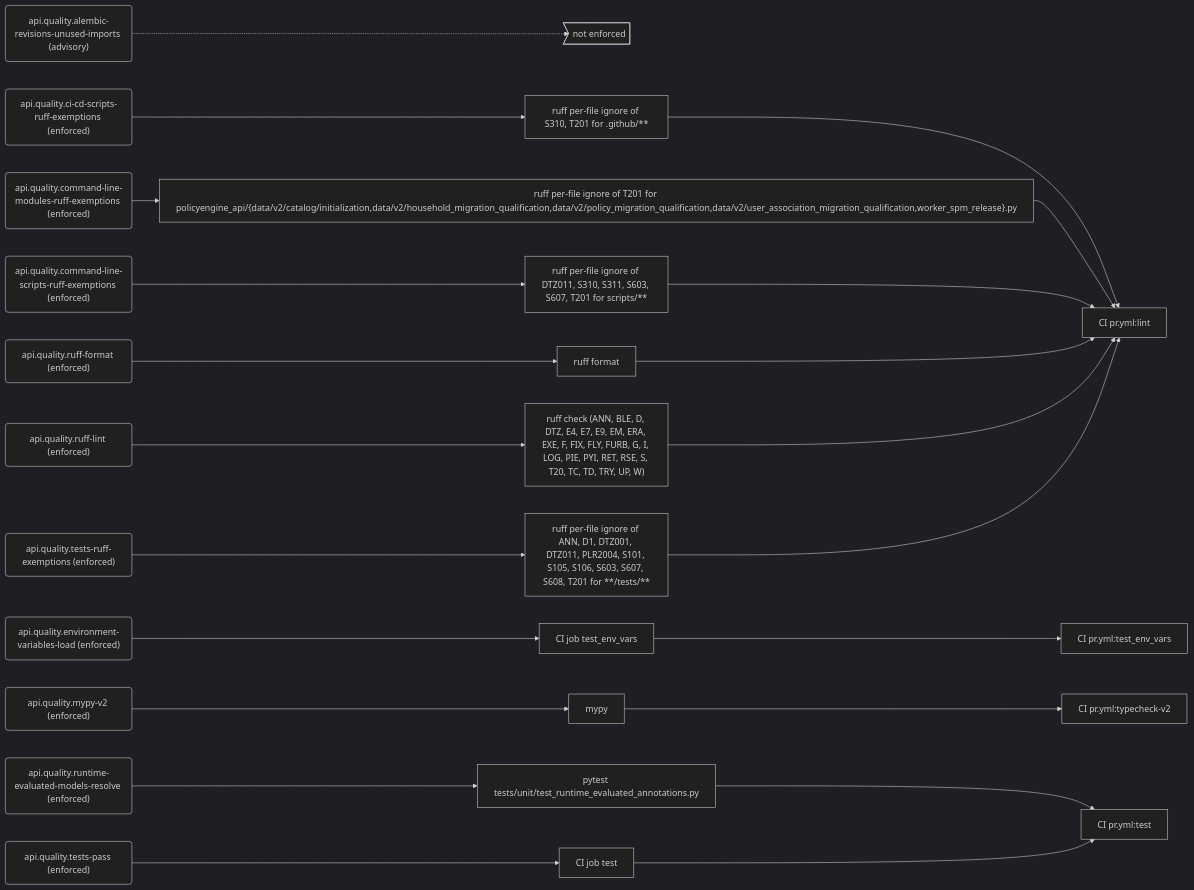
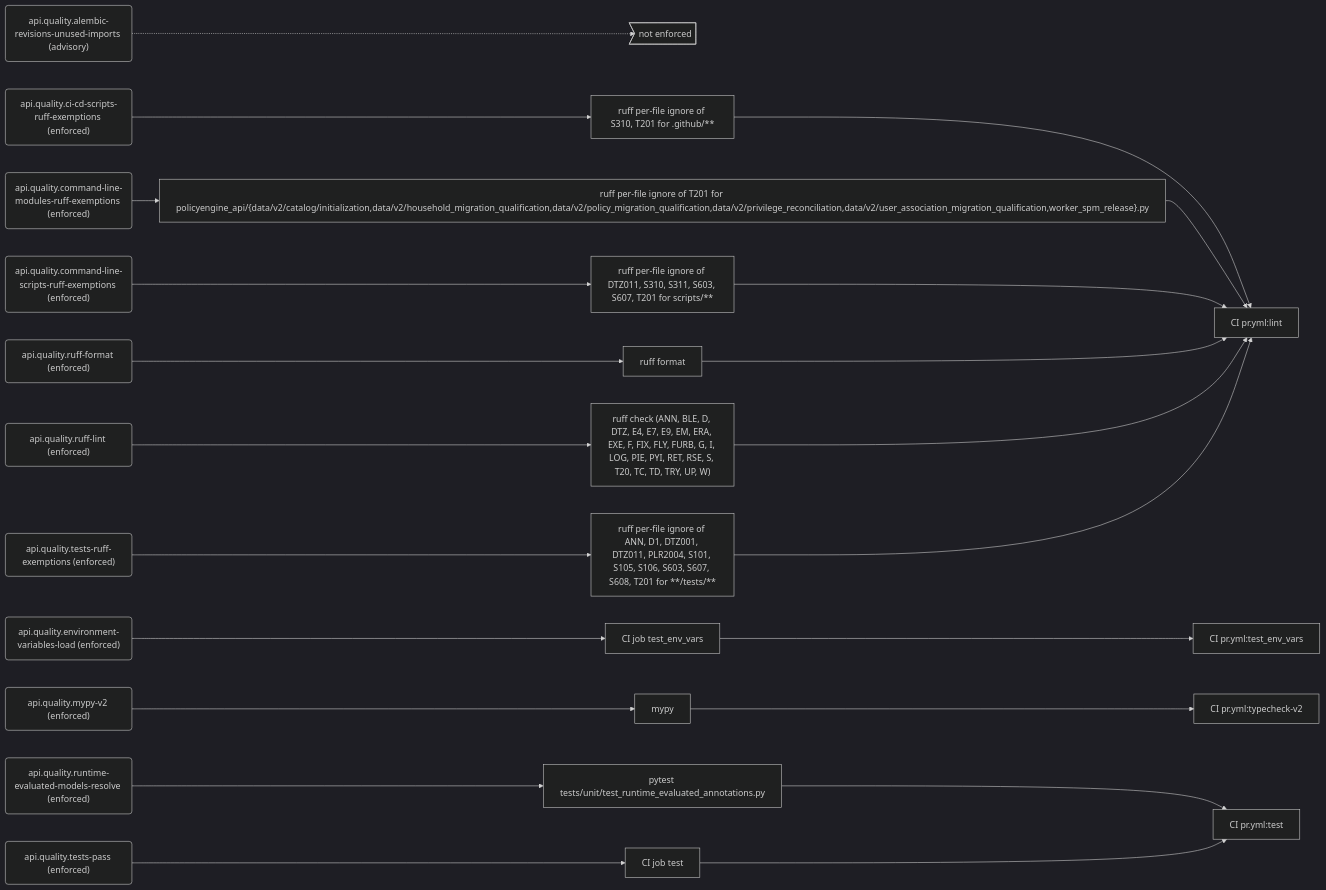
One commit to PolicyEngine/policyengine-api changed the sixth of 9 diagrams in docs/generated/rules.md. Above: the diagram before and after it, drawn with Mermaid (dark theme). The commit also changed other lines of this file and 7 other files, not shown here.

````diff
--- a/docs/generated/rules.md
+++ b/docs/generated/rules.md
@@ -284,50 +304,50 @@
 ```mermaid
 flowchart LR
   r_api_quality_alembic_revisions_unused_imports("api.quality.alembic-revisions-unused-imports (advisory)")
   gap_unenforced>"not enforced"]
   r_api_quality_ci_cd_scripts_ruff_exemptions("api.quality.ci-cd-scripts-ruff-exemptions (enforced)")
   e_ruff_per_file_ignore_of_S310__T201_for__github___["ruff per-file ignore of S310, T201 for .github/**"]
   j_CI_pr_yml_lint["CI pr.yml:lint"]
   r_api_quality_command_line_modules_ruff_exemptions("api.quality.command-line-modules-ruff-exemptions (enforced)")
-  e_ruff_per_file_ignore_of_T201_for_policyengine_api__data_v2_catalog_initialization_data_v2_household_migration_qualification_data_v2_policy_migration_qualification_data_v2_user_association_migration_qualification_worker_spm_release__py["ruff per-file ignore of T201 for policyengine_api/{data/v2/catalog/initialization,data/v2/household_migration_qualification,data/v2/policy_migration_qualification,data/v2/user_association_migration_qualification,worker_spm_release}.py"]
+  e_ruff_per_file_ignore_of_T201_for_policyengine_api__data_v2_catalog_initialization_data_v2_household_migration_qualification_data_v2_policy_migration_qualification_data_v2_privilege_reconciliation_data_v2_user_association_migration_qualification_worker_spm_release__py["ruff per-file ignore of T201 for policyengine_api/{data/v2/catalog/initialization,data/v2/household_migration_qualification,data/v2/policy_migration_qualification,data/v2/privilege_reconciliation,data/v2/user_association_migration_qualification,worker_spm_release}.py"]
   r_api_quality_command_line_scripts_ruff_exemptions("api.quality.command-line-scripts-ruff-exemptions (enforced)")
   e_ruff_per_file_ignore_of_DTZ011__S310__S311__S603__S607__T201_for_scripts___["ruff per-file ignore of DTZ011, S310, S311, S603, S607, T201 for scripts/**"]
   r_api_quality_environment_variables_load("api.quality.environment-variables-load (enforced)")
   e_CI_job_test_env_vars["CI job test_env_vars"]
   j_CI_pr_yml_test_env_vars["CI pr.yml:test_env_vars"]
   r_api_quality_mypy_v2("api.quality.mypy-v2 (enforced)")
   e_mypy["mypy"]
   j_CI_pr_yml_typecheck_v2["CI pr.yml:typecheck-v2"]
   r_api_quality_ruff_format("api.quality.ruff-format (enforced)")
   e_ruff_format["ruff format"]
   r_api_quality_ruff_lint("api.quality.ruff-lint (enforced)")
   e_ruff_check__ANN__BLE__D__DTZ__E4__E7__E9__EM__ERA__EXE__F__FIX__FLY__FURB__G__I__LOG__PIE__PYI__RET__RSE__S__T20__TC__TD__TRY__UP__W_["ruff check (ANN, BLE, D, DTZ, E4, E7, E9, EM, ERA, EXE, F, FIX, FLY, FURB, G, I, LOG, PIE, PYI, RET, RSE, S, T20, TC, TD, TRY, UP, W)"]
   r_api_quality_runtime_evaluated_models_resolve("api.quality.runtime-evaluated-models-resolve (enforced)")
   e_pytest_tests_unit_test_runtime_evaluated_annotations_py["pytest tests/unit/test_runtime_evaluated_annotations.py"]
   j_CI_pr_yml_test["CI pr.yml:test"]
   r_api_quality_tests_pass("api.quality.tests-pass (enforced)")
   e_CI_job_test["CI job test"]
   r_api_quality_tests_ruff_exemptions("api.quality.tests-ruff-exemptions (enforced)")
   e_ruff_per_file_ignore_of_ANN__D1__DTZ001__DTZ011__PLR2004__S101__S105__S106__S603__S607__S608__T201_for____tests___["ruff per-file ignore of ANN, D1, DTZ001, DTZ011, PLR2004, S101, S105, S106, S603, S607, S608, T201 for **/tests/**"]
   r_api_quality_alembic_revisions_unused_imports -.-> gap_unenforced
   r_api_quality_ci_cd_scripts_ruff_exemptions --> e_ruff_per_file_ignore_of_S310__T201_for__github___
   e_ruff_per_file_ignore_of_S310__T201_for__github___ --> j_CI_pr_yml_lint
-  r_api_quality_command_line_modules_ruff_exemptions --> e_ruff_per_file_ignore_of_T201_for_policyengine_api__data_v2_catalog_initialization_data_v2_household_migration_qualification_data_v2_policy_migration_qualification_data_v2_user_association_migration_qualification_worker_spm_release__py
-  e_ruff_per_file_ignore_of_T201_for_policyengine_api__data_v2_catalog_initialization_data_v2_household_migration_qualification_data_v2_policy_migration_qualification_data_v2_user_association_migration_qualification_worker_spm_release__py --> j_CI_pr_yml_lint
+  r_api_quality_command_line_modules_ruff_exemptions --> e_ruff_per_file_ignore_of_T201_for_policyengine_api__data_v2_catalog_initialization_data_v2_household_migration_qualification_data_v2_policy_migration_qualification_data_v2_privilege_reconciliation_data_v2_user_association_migration_qualification_worker_spm_release__py
+  e_ruff_per_file_ignore_of_T201_for_policyengine_api__data_v2_catalog_initialization_data_v2_household_migration_qualification_data_v2_policy_migration_qualification_data_v2_privilege_reconciliation_data_v2_user_association_migration_qualification_worker_spm_release__py --> j_CI_pr_yml_lint
   r_api_quality_command_line_scripts_ruff_exemptions --> e_ruff_per_file_ignore_of_DTZ011__S310__S311__S603__S607__T201_for_scripts___
   e_ruff_per_file_ignore_of_DTZ011__S310__S311__S603__S607__T201_for_scripts___ --> j_CI_pr_yml_lint
   r_api_quality_environment_variables_load --> e_CI_job_test_env_vars
   e_CI_job_test_env_vars --> j_CI_pr_yml_test_env_vars
   r_api_quality_mypy_v2 --> e_mypy
   e_mypy --> j_CI_pr_yml_typecheck_v2
   r_api_quality_ruff_format --> e_ruff_format
   e_ruff_format --> j_CI_pr_yml_lint
   r_api_quality_ruff_lint --> e_ruff_check__ANN__BLE__D__DTZ__E4__E7__E9__EM__ERA__EXE__F__FIX__FLY__FURB__G__I__LOG__PIE__PYI__RET__RSE__S__T20__TC__TD__TRY__UP__W_
   e_ruff_check__ANN__BLE__D__DTZ__E4__E7__E9__EM__ERA__EXE__F__FIX__FLY__FURB__G__I__LOG__PIE__PYI__RET__RSE__S__T20__TC__TD__TRY__UP__W_ --> j_CI_pr_yml_lint
   r_api_quality_runtime_evaluated_models_resolve --> e_pytest_tests_unit_test_runtime_evaluated_annotations_py
   e_pytest_tests_unit_test_runtime_evaluated_annotations_py --> j_CI_pr_yml_test
   r_api_quality_tests_pass --> e_CI_job_test
   e_CI_job_test --> j_CI_pr_yml_test
   r_api_quality_tests_ruff_exemptions --> e_ruff_per_file_ignore_of_ANN__D1__DTZ001__DTZ011__PLR2004__S101__S105__S106__S603__S607__S608__T201_for____tests___
   e_ruff_per_file_ignore_of_ANN__D1__DTZ001__DTZ011__PLR2004__S101__S105__S106__S603__S607__S608__T201_for____tests___ --> j_CI_pr_yml_lint
 ```
````
